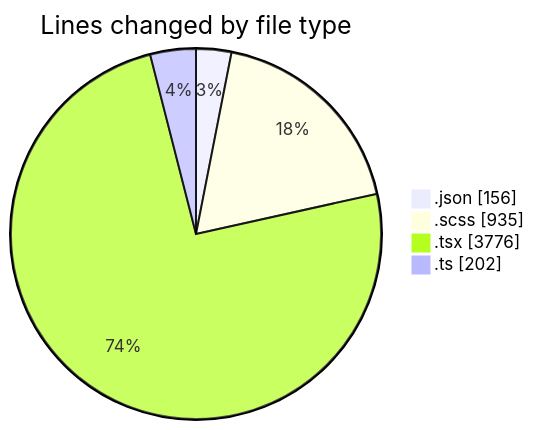
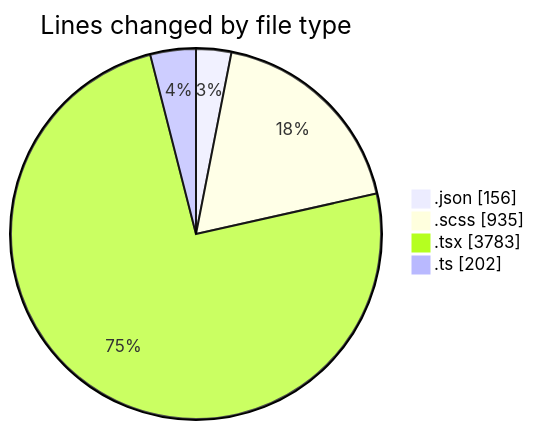
The first of 2 diagrams in 2026-02-17/cda/README.md (momahboobian/code-tracking), drawn with Mermaid before and after one commit. The commit also changed other lines of this file and 1 other file, not shown here.

````diff
--- a/2026-02-17/cda/README.md
+++ b/2026-02-17/cda/README.md
@@ -32,8 +32,8 @@
 ```mermaid
 pie showData
 title Lines changed by file type
 ".json" : 156
 ".scss" : 935
-".tsx" : 3776
+".tsx" : 3783
 ".ts" : 202
 ```
````
